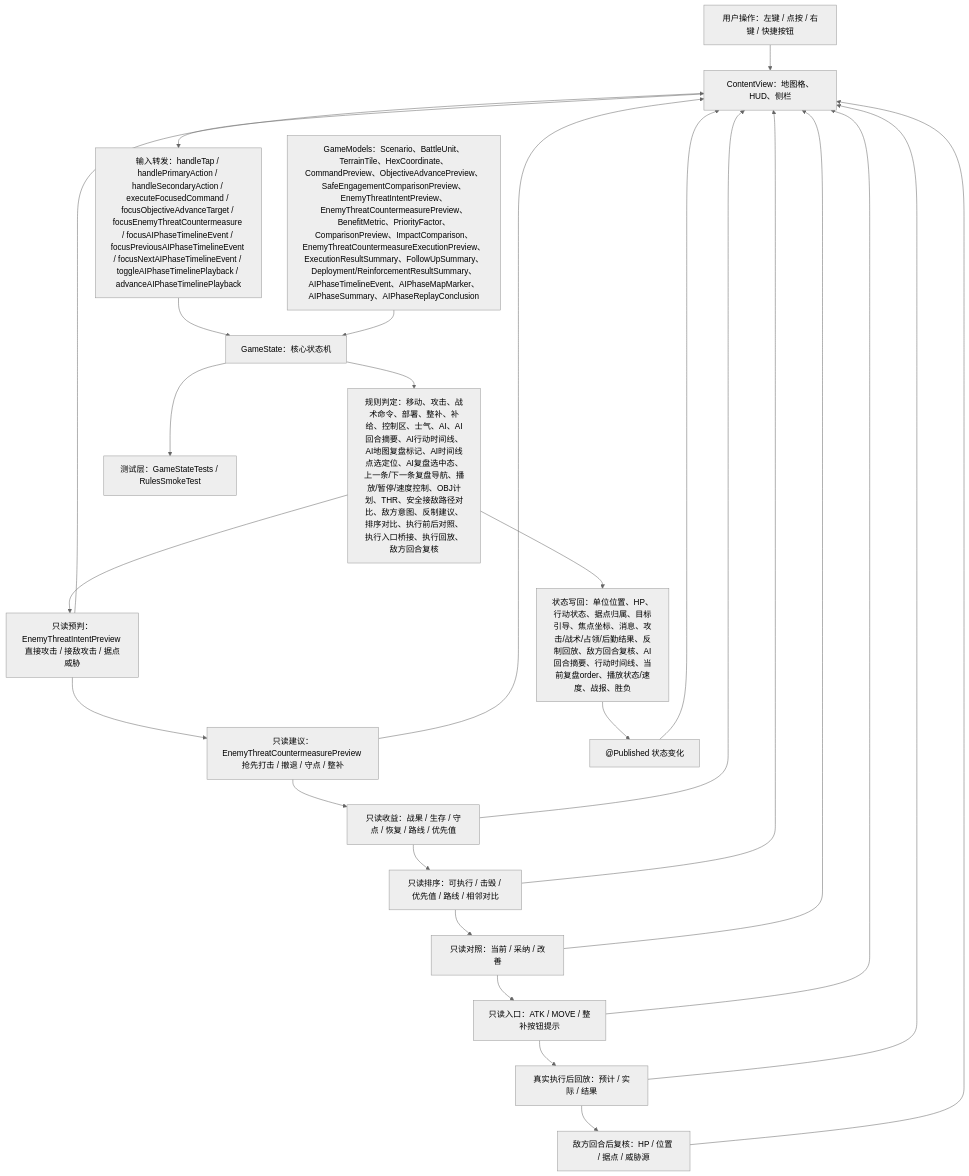
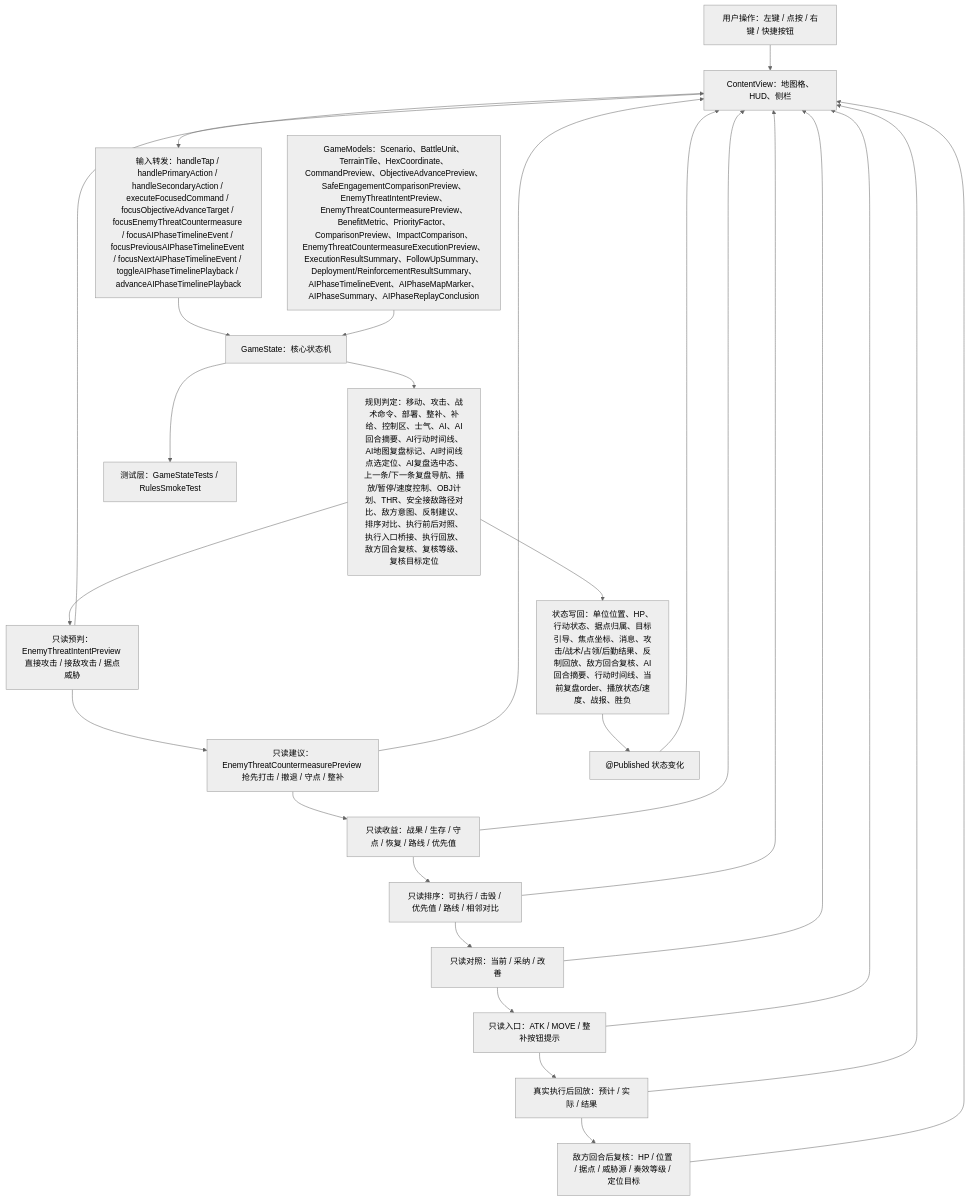
Before and after one commit to Altman-sam114/116: the first of 5 diagrams in md/flow/flowchart.md, drawn with Mermaid (neutral theme). The commit also changed other lines of this file and 11 other files, not shown here.

````diff
--- a/md/flow/flowchart.md
+++ b/md/flow/flowchart.md
@@ -9,28 +9,28 @@
 ```mermaid
 flowchart TD
   U["用户操作：左键 / 点按 / 右键 / 快捷按钮"] --> V["ContentView：地图格、HUD、侧栏"]
   V --> I["输入转发：handleTap / handlePrimaryAction / handleSecondaryAction / executeFocusedCommand / focusObjectiveAdvanceTarget / focusEnemyThreatCountermeasure / focusAIPhaseTimelineEvent / focusPreviousAIPhaseTimelineEvent / focusNextAIPhaseTimelineEvent / toggleAIPhaseTimelinePlayback / advanceAIPhaseTimelinePlayback"]
   I --> S["GameState：核心状态机"]
   M["GameModels：Scenario、BattleUnit、TerrainTile、HexCoordinate、CommandPreview、ObjectiveAdvancePreview、SafeEngagementComparisonPreview、EnemyThreatIntentPreview、EnemyThreatCountermeasurePreview、BenefitMetric、PriorityFactor、ComparisonPreview、ImpactComparison、EnemyThreatCountermeasureExecutionPreview、ExecutionResultSummary、FollowUpSummary、Deployment/ReinforcementResultSummary、AIPhaseTimelineEvent、AIPhaseMapMarker、AIPhaseSummary、AIPhaseReplayConclusion"] --> S
-  S --> R["规则判定：移动、攻击、战术命令、部署、整补、补给、控制区、士气、AI、AI回合摘要、AI行动时间线、AI地图复盘标记、AI时间线点选定位、AI复盘选中态、上一条/下一条复盘导航、播放/暂停/速度控制、OBJ计划、THR、安全接敌路径对比、敌方意图、反制建议、排序对比、执行前后对照、执行入口桥接、执行回放、敌方回合复核"]
+  S --> R["规则判定：移动、攻击、战术命令、部署、整补、补给、控制区、士气、AI、AI回合摘要、AI行动时间线、AI地图复盘标记、AI时间线点选定位、AI复盘选中态、上一条/下一条复盘导航、播放/暂停/速度控制、OBJ计划、THR、安全接敌路径对比、敌方意图、反制建议、排序对比、执行前后对照、执行入口桥接、执行回放、敌方回合复核、复核等级、复核目标定位"]
   R --> W["状态写回：单位位置、HP、行动状态、据点归属、目标引导、焦点坐标、消息、攻击/战术/占领/后勤结果、反制回放、敌方回合复核、AI回合摘要、行动时间线、当前复盘order、播放状态/速度、战报、胜负"]
   R --> EI["只读预判：EnemyThreatIntentPreview 直接攻击 / 接敌攻击 / 据点威胁"]
   EI --> EC["只读建议：EnemyThreatCountermeasurePreview 抢先打击 / 撤退 / 守点 / 整补"]
   EC --> BM["只读收益：战果 / 生存 / 守点 / 恢复 / 路线 / 优先值"]
   BM --> PC["只读排序：可执行 / 击毁 / 优先值 / 路线 / 相邻对比"]
   PC --> IP["只读对照：当前 / 采纳 / 改善"]
   IP --> EB["只读入口：ATK / MOVE / 整补按钮提示"]
   EB --> XR["真实执行后回放：预计 / 实际 / 结果"]
-  XR --> FV["敌方回合后复核：HP / 位置 / 据点 / 威胁源"]
+  XR --> FV["敌方回合后复核：HP / 位置 / 据点 / 威胁源 / 奏效等级 / 定位目标"]
   W --> P["@Published 状态变化"]
   P --> V
   EI --> V
   EC --> V
   BM --> V
   PC --> V
   IP --> V
   EB --> V
   XR --> V
   FV --> V
   S --> T["测试层：GameStateTests / RulesSmokeTest"]
 ```
````
